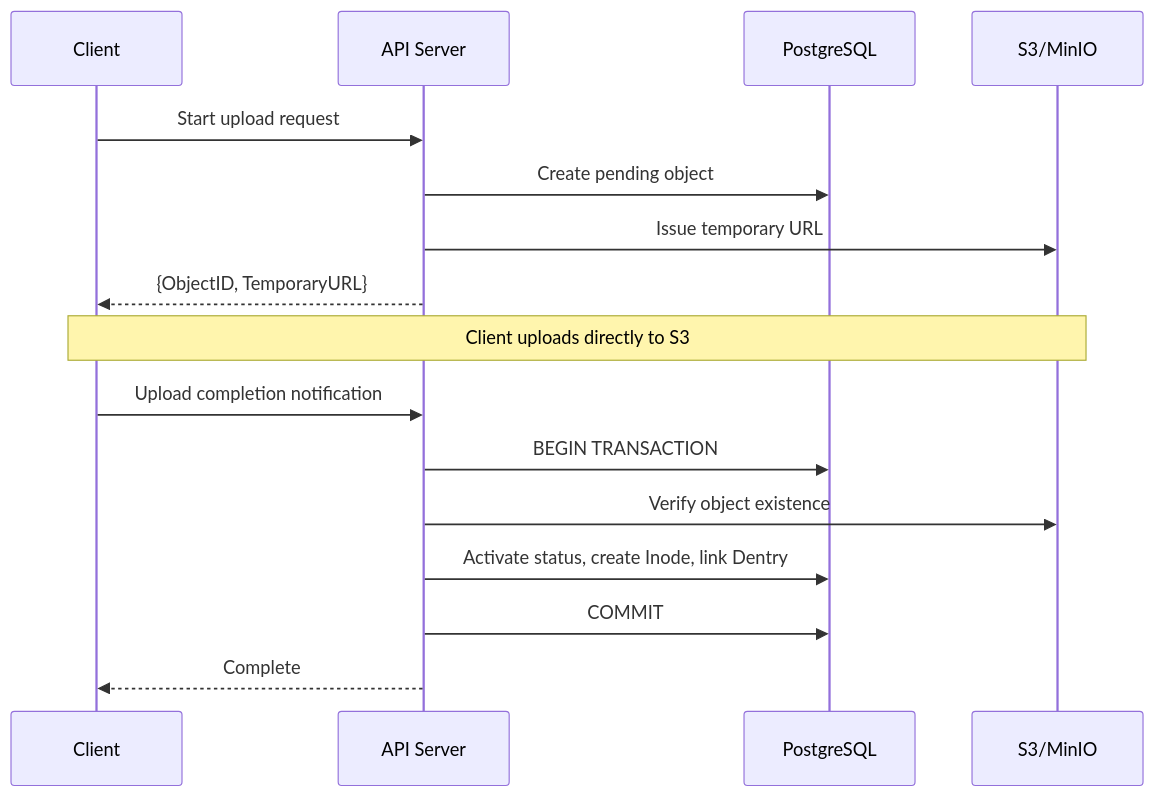
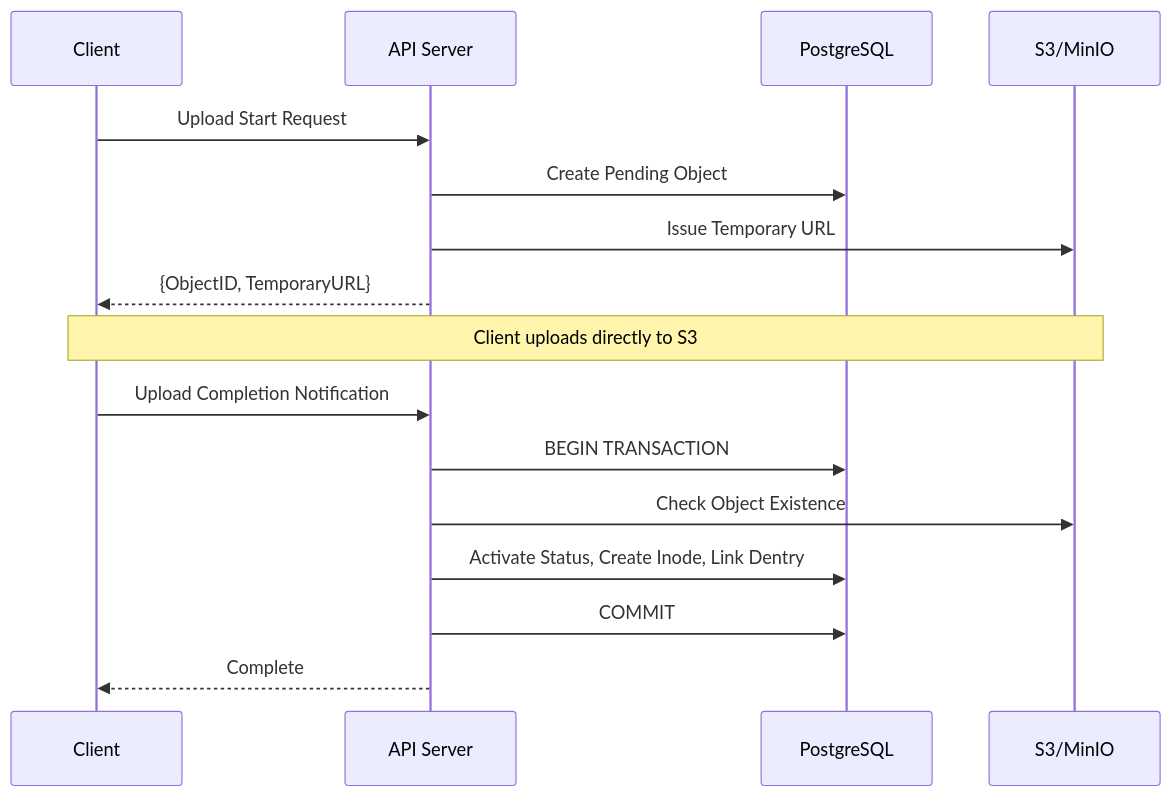
Before and after one commit to mandacode-labs/mandacode-devs: the second of 2 diagrams in src/content/blog/en/retrowin-deep-dive.md, drawn with Mermaid. The commit also changed other lines of this file and 10 other files, not shown here.

````diff
--- a/src/content/blog/en/retrowin-deep-dive.md
+++ b/src/content/blog/en/retrowin-deep-dive.md
@@ -47,21 +47,21 @@
 ```mermaid
 sequenceDiagram
     participant Client as Client
     participant API as API Server
     participant DB as PostgreSQL
     participant S3 as S3/MinIO
 
-    Client->>API: Start upload request
-    API->>DB: Create pending object
-    API->>S3: Issue temporary URL
+    Client->>API: Upload Start Request
+    API->>DB: Create Pending Object
+    API->>S3: Issue Temporary URL
     API-->>Client: {ObjectID, TemporaryURL}
 
     Note over Client,S3: Client uploads directly to S3
 
-    Client->>API: Upload completion notification
+    Client->>API: Upload Completion Notification
     API->>DB: BEGIN TRANSACTION
-    API->>S3: Verify object existence
-    API->>DB: Activate status, create Inode, link Dentry
+    API->>S3: Check Object Existence
+    API->>DB: Activate Status, Create Inode, Link Dentry
     API->>DB: COMMIT
     API-->>Client: Complete
 ```
````
